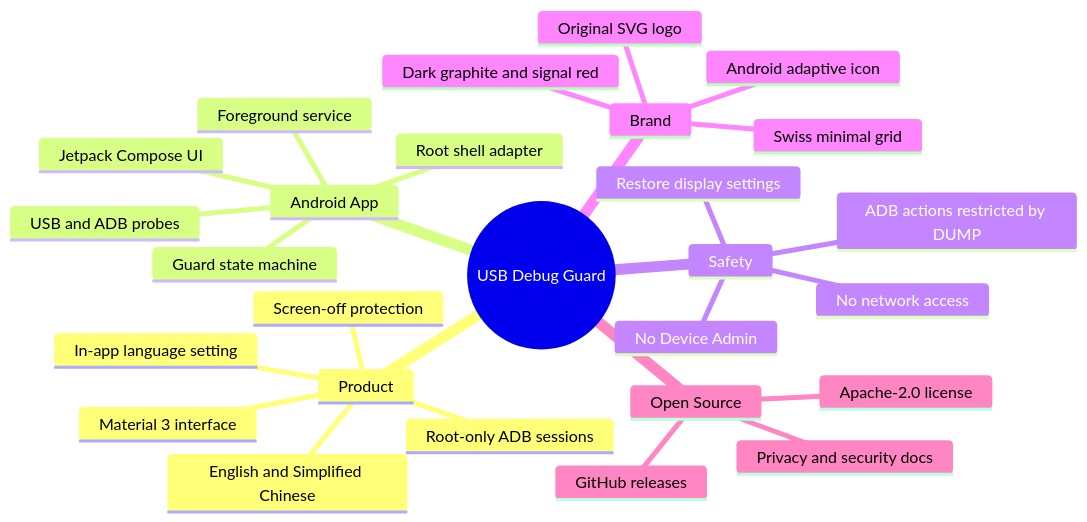
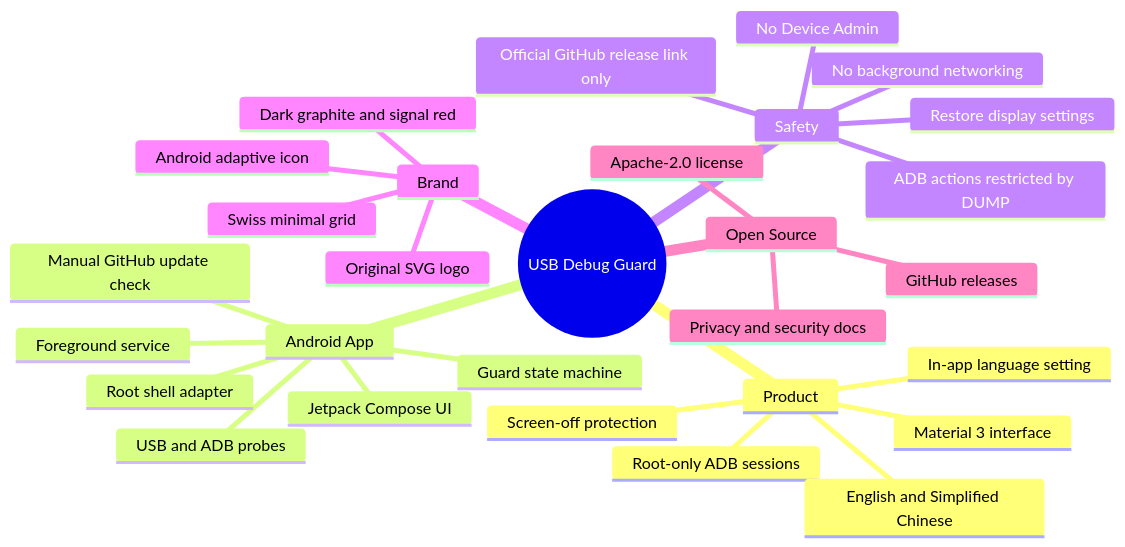
Before and after one commit to Nongfsq/usb-debug-guard: the diagram in README.md, drawn with Mermaid. The commit also changed other lines of this file and 39 other files, not shown here.

````diff
--- a/README.md
+++ b/README.md
@@ -34,30 +36,32 @@
 ```mermaid
 mindmap
   root((USB Debug Guard))
     Product
       Root-only ADB sessions
       Screen-off protection
       Material 3 interface
       English and Simplified Chinese
       In-app language setting
     Android App
       Jetpack Compose UI
       Foreground service
       Guard state machine
       USB and ADB probes
       Root shell adapter
+      Manual GitHub update check
     Safety
       No Device Admin
-      No network access
+      No background networking
+      Official GitHub release link only
       Restore display settings
       ADB actions restricted by DUMP
     Brand
       Original SVG logo
       Swiss minimal grid
       Dark graphite and signal red
       Android adaptive icon
     Open Source
       Apache-2.0 license
       Privacy and security docs
       GitHub releases
 ```
````
